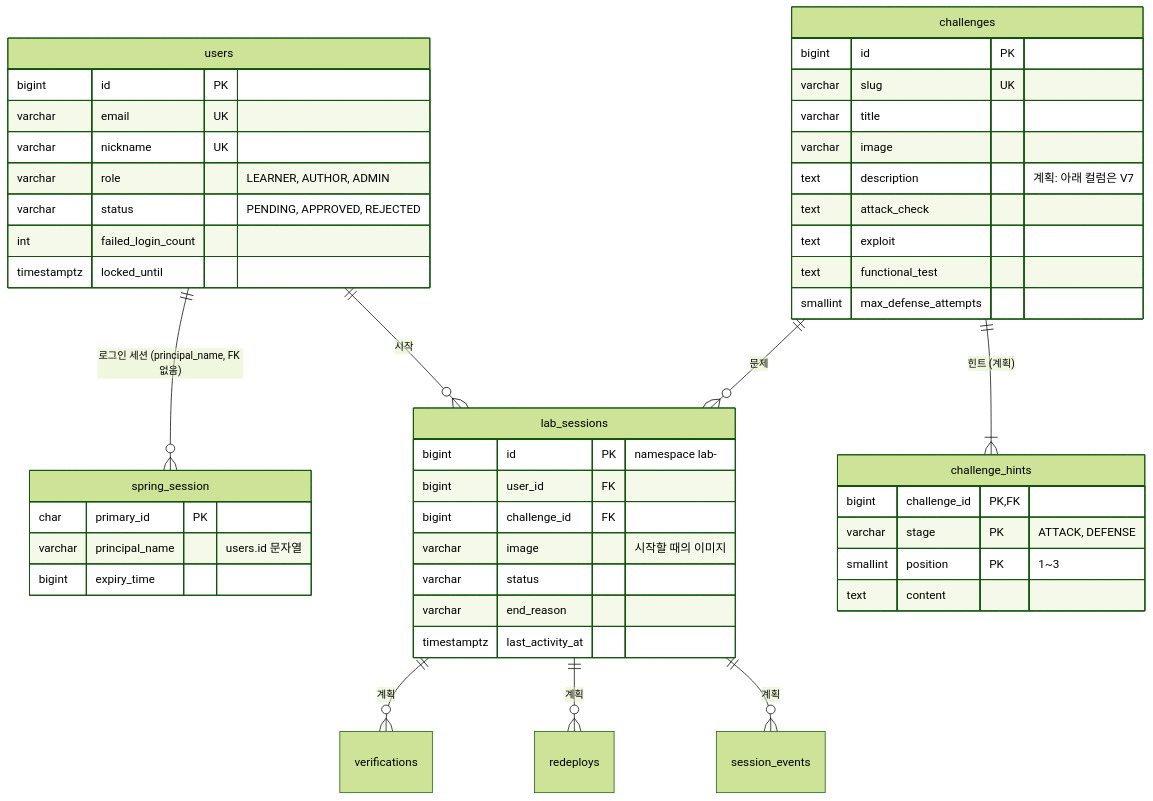
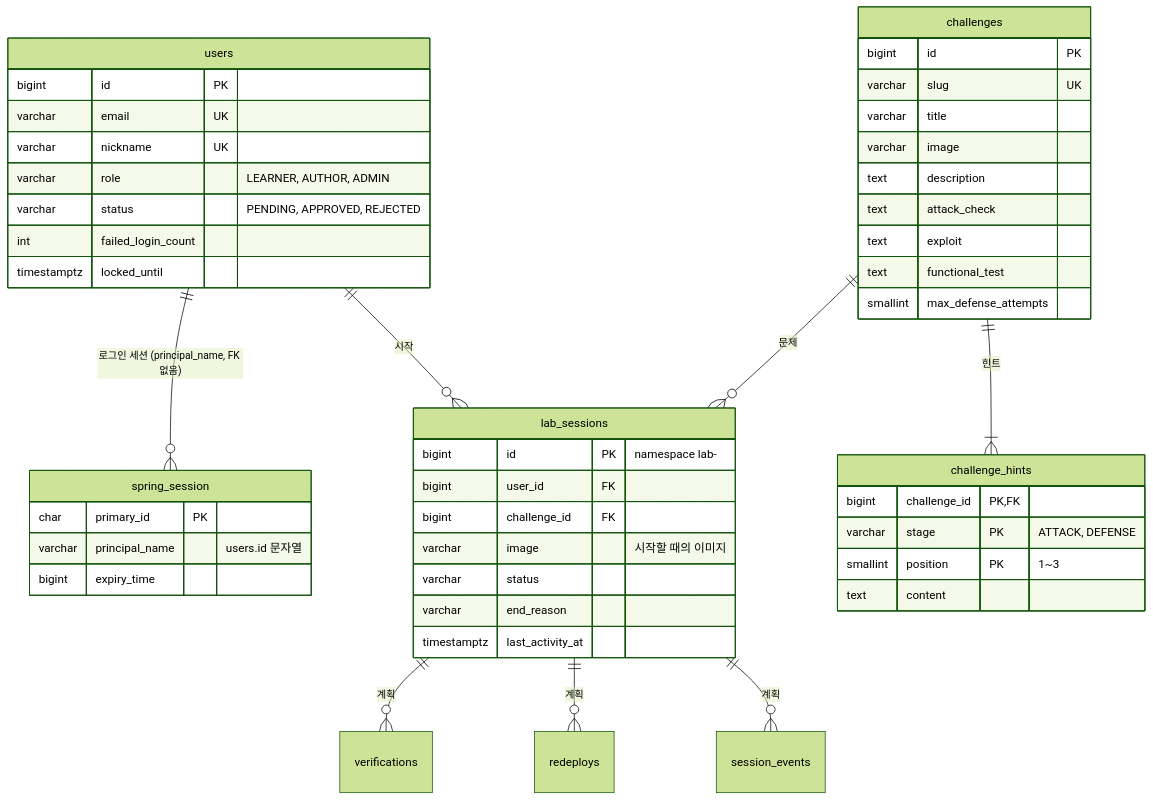
Before and after one commit to pg-hackforge/hackforge-docs: the diagram in data-model.md, drawn with Mermaid (forest theme). The commit also changed other lines of this file and 1 other file, not shown here.

Commit message:
docs: Challenge 작업 1~4 완료 표시와 data-model 구현됨 반영

````diff
--- a/data-model.md
+++ b/data-model.md
@@ -7,51 +7,51 @@
 ```mermaid
 erDiagram
     users ||--o{ spring_session : "로그인 세션 (principal_name, FK 없음)"
     users ||--o{ lab_sessions : "시작"
     challenges ||--o{ lab_sessions : "문제"
-    challenges ||--|{ challenge_hints : "힌트 (계획)"
+    challenges ||--|{ challenge_hints : "힌트"
     lab_sessions ||--o{ verifications : "계획"
     lab_sessions ||--o{ redeploys : "계획"
     lab_sessions ||--o{ session_events : "계획"
 
     users {
         bigint id PK
         varchar email UK
         varchar nickname UK
         varchar role "LEARNER, AUTHOR, ADMIN"
         varchar status "PENDING, APPROVED, REJECTED"
         int failed_login_count
         timestamptz locked_until
     }
     spring_session {
         char primary_id PK
         varchar principal_name "users.id 문자열"
         bigint expiry_time
     }
     challenges {
         bigint id PK
         varchar slug UK
         varchar title
         varchar image
-        text description "계획: 아래 컬럼은 V7"
+        text description
         text attack_check
         text exploit
         text functional_test
         smallint max_defense_attempts
     }
     challenge_hints {
         bigint challenge_id PK, FK
         varchar stage PK "ATTACK, DEFENSE"
         smallint position PK "1~3"
         text content
     }
     lab_sessions {
         bigint id PK "namespace lab-<id>"
         bigint user_id FK
         bigint challenge_id FK
         varchar image "시작할 때의 이미지"
         varchar status
         varchar end_reason
         timestamptz last_activity_at
     }
 ```
````
